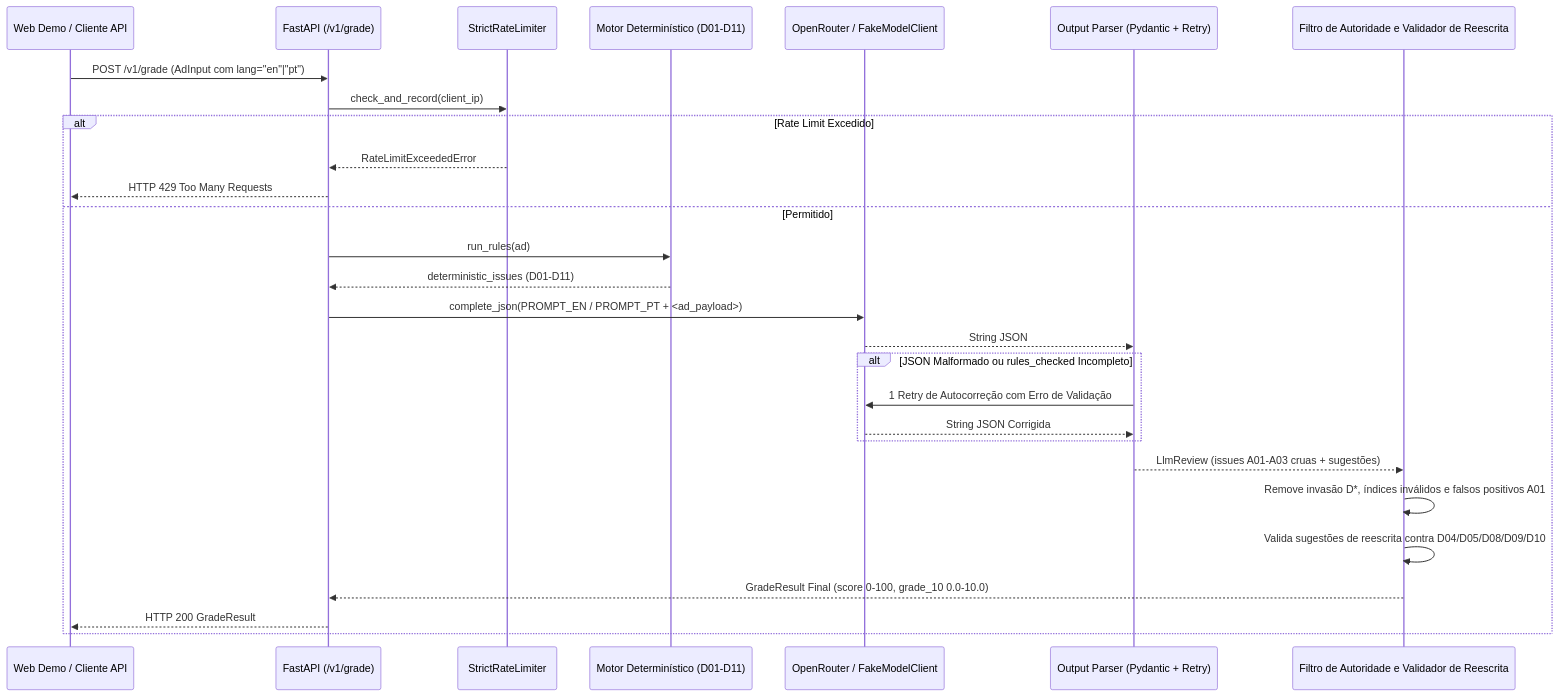
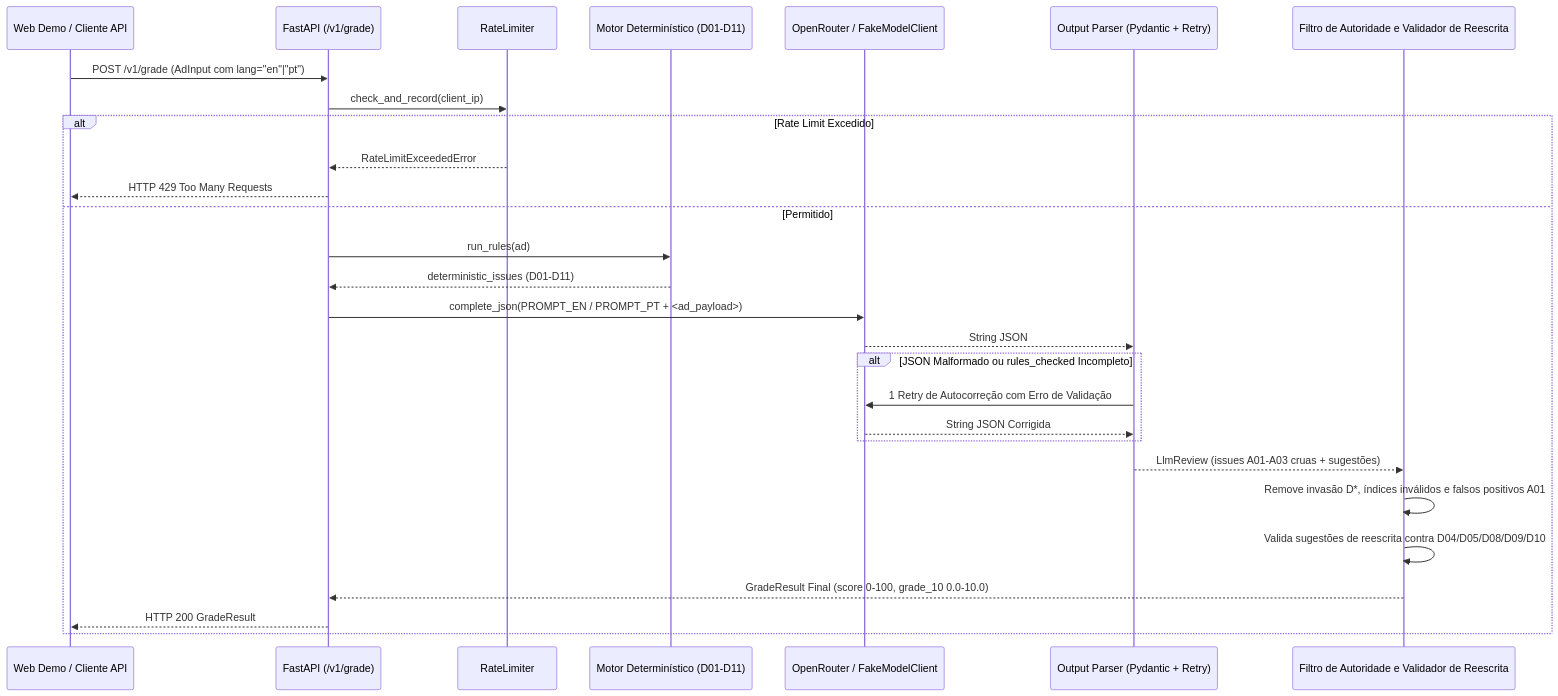
Before and after one commit to fgm9000/ad-copy-grader: the diagram in docs/architecture.pt-BR.md, drawn with Mermaid. The commit also changed other lines of this file and 12 other files, not shown here.

````diff
--- a/docs/architecture.pt-BR.md
+++ b/docs/architecture.pt-BR.md
@@ -13,31 +13,31 @@
 ```mermaid
 sequenceDiagram
     participant Client as Web Demo / Cliente API
     participant API as FastAPI (/v1/grade)
-    participant Limiter as StrictRateLimiter
+    participant Limiter as RateLimiter
     participant Rules as Motor Determinístico (D01-D11)
     participant LLM as OpenRouter / FakeModelClient
     participant Parser as Output Parser (Pydantic + Retry)
     participant Filter as Filtro de Autoridade e Validador de Reescrita
 
     Client->>API: POST /v1/grade (AdInput com lang="en"|"pt")
     API->>Limiter: check_and_record(client_ip)
     alt Rate Limit Excedido
         Limiter-->>API: RateLimitExceededError
         API-->>Client: HTTP 429 Too Many Requests
     else Permitido
         API->>Rules: run_rules(ad)
         Rules-->>API: deterministic_issues (D01-D11)
         API->>LLM: complete_json(PROMPT_EN / PROMPT_PT + <ad_payload>)
         LLM-->>Parser: String JSON
         alt JSON Malformado ou rules_checked Incompleto
             Parser->>LLM: 1 Retry de Autocorreção com Erro de Validação
             LLM-->>Parser: String JSON Corrigida
         end
         Parser-->>Filter: LlmReview (issues A01-A03 cruas + sugestões)
         Filter->>Filter: Remove invasão D*, índices inválidos e falsos positivos A01
         Filter->>Filter: Valida sugestões de reescrita contra D04/D05/D08/D09/D10
         Filter-->>API: GradeResult Final (score 0-100, grade_10 0.0-10.0)
         API-->>Client: HTTP 200 GradeResult
     end
 ```
````
